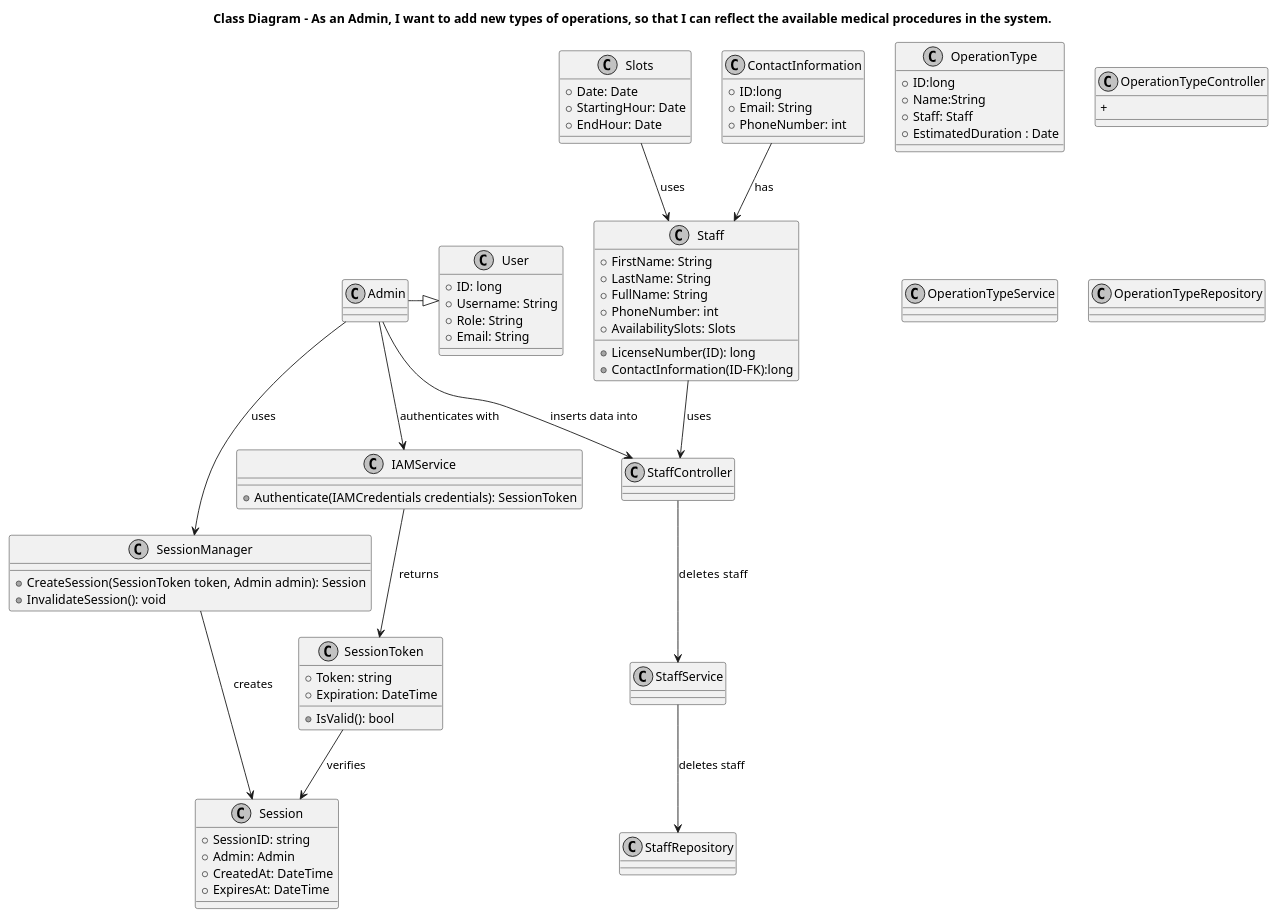
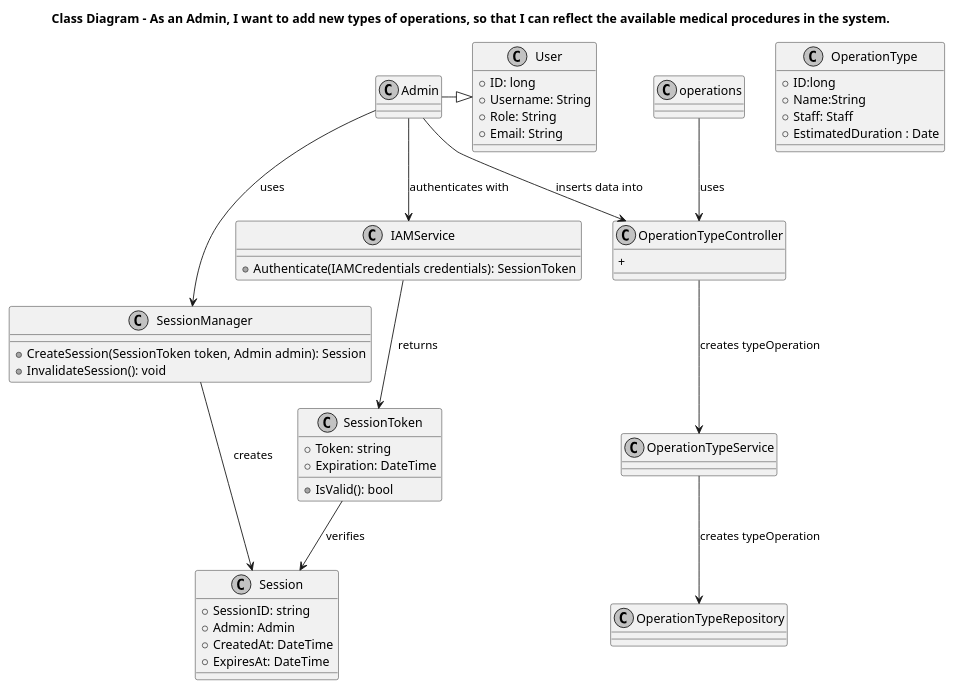
One commit to Educ00/Sem5Pi2425 changed the diagram in Docs/1211846/US5_1_20/us5_1_20_class-diagram.puml. Above: the diagram before and after it, drawn with PlantUML. The commit also changed 12 other files, not shown here.

```diff
--- a/Docs/1211846/US5_1_20/us5_1_20_class-diagram.puml
+++ b/Docs/1211846/US5_1_20/us5_1_20_class-diagram.puml
@@ -1,100 +1,79 @@
 @startuml
 'https://plantuml.com/class-diagram
 
 skinparam monochrome true
 skinparam shadowing false
 
 title Class Diagram - As an Admin, I want to add new types of operations, so that I can reflect the available medical procedures in the system.
 
 class Admin{
 
 }
-class Slots{
-    +Date: Date
-    +StartingHour: Date
-    +EndHour: Date
-}
 
-class Staff{
-    +FirstName: String
-    +LastName: String
-    +FullName: String
-    +LicenseNumber(ID): long
-    +ContactInformation(ID-FK):long
-    +PhoneNumber: int
-    +AvailabilitySlots: Slots
 
-}
-
-class ContactInformation{
-    +ID:long
-    +Email: String
-    +PhoneNumber: int
-}
 
 
 class User{
     +ID: long
     +Username: String
     +Role: String
     +Email: String
 }
 
 class OperationType{
     +ID:long
     +Name:String
-    +Staff: Staff
+    +Staff: Staff 
     +EstimatedDuration : Date
 
 }
 
 
 
 class SessionManager {
     +CreateSession(SessionToken token, Admin admin): Session
     +InvalidateSession(): void
 }
 
 class Session {
     +SessionID: string
     +Admin: Admin
     +CreatedAt: DateTime
     +ExpiresAt: DateTime
 }
 class IAMService {
     +Authenticate(IAMCredentials credentials): SessionToken
 }
 
 
 
 class SessionToken {
     +Token: string
     +Expiration: DateTime
     +IsValid(): bool
 }
 
 class OperationTypeController{
     +
 }
 
 class OperationTypeService {
 
 }
 class OperationTypeRepository {
 
 }
 
-Slots-->Staff : uses
-ContactInformation-->Staff :has
+
 Admin-|>User
 Admin --> SessionManager : uses
 IAMService --> SessionToken : returns
 SessionManager --> Session : creates
 Admin --> IAMService : authenticates with
-Admin --> StaffController : inserts data into
-StaffController-->StaffService: deletes  staff
-Staff-->StaffController:uses
-StaffService-->StaffRepository: deletes staff
+Admin --> OperationTypeController : inserts data into
+OperationTypeController-->OperationTypeService: creates typeOperation
+operations-->OperationTypeController:uses
+OperationTypeService-->OperationTypeRepository: creates typeOperation
 SessionToken --> Session : verifies
 
 @enduml
```
